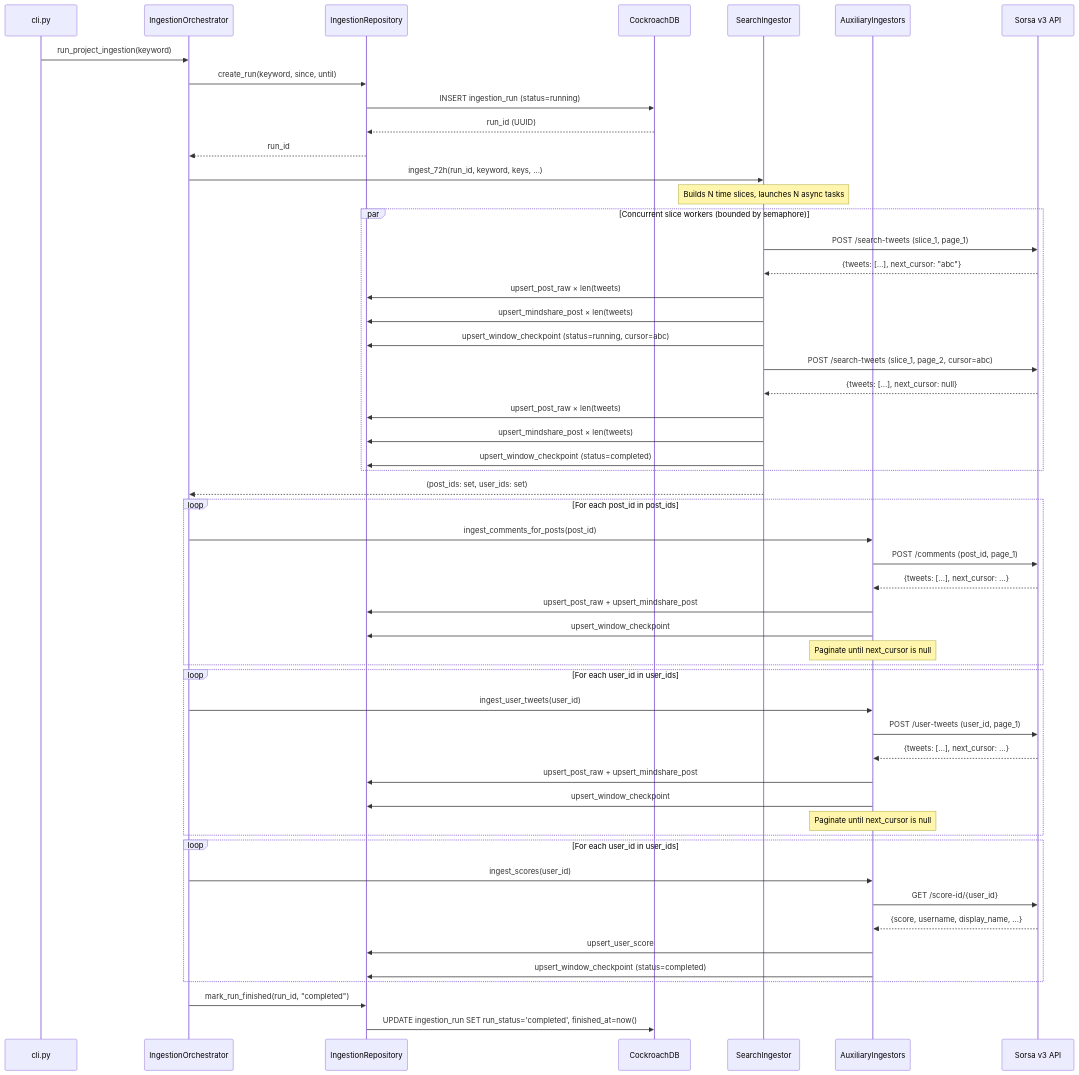
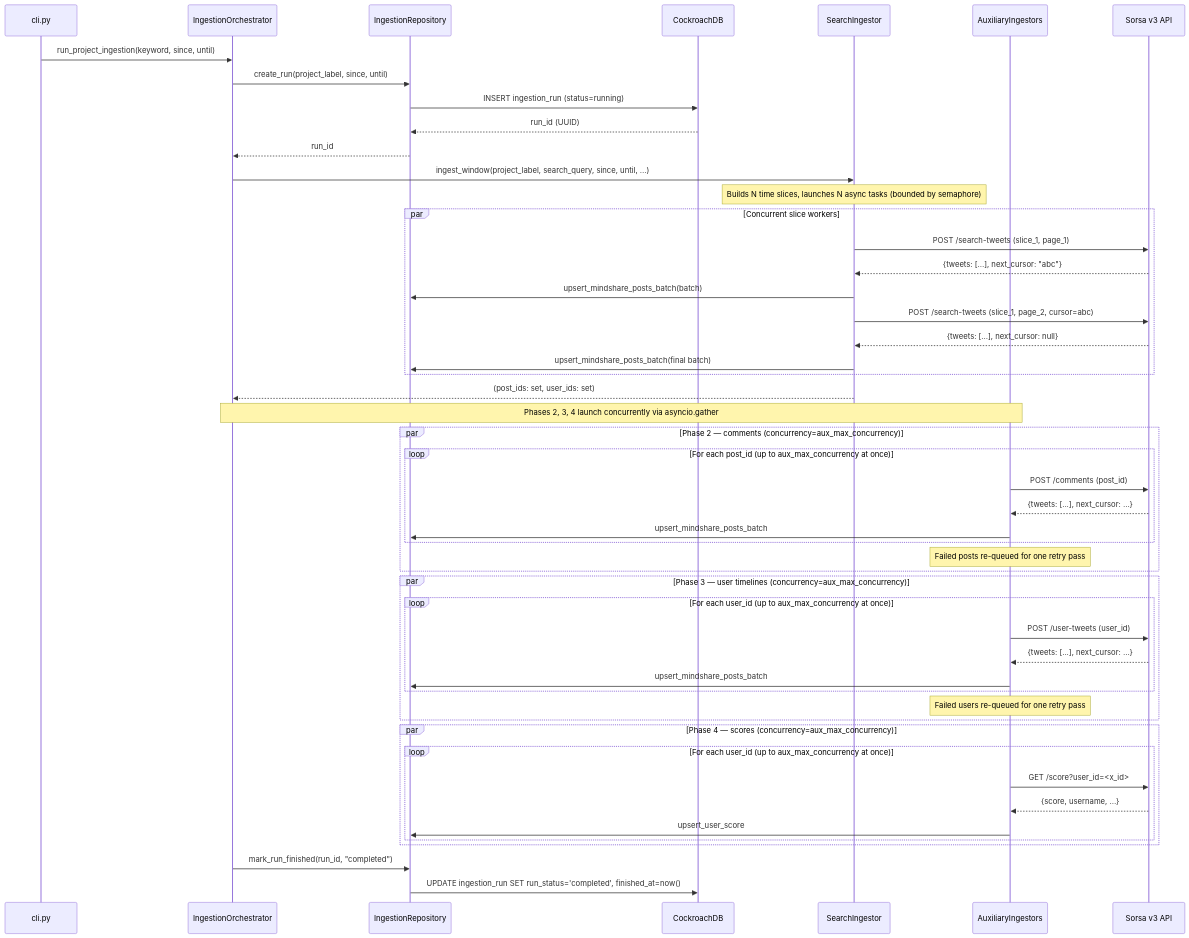
Before and after one commit to BabinJoshi/Sorsa: the first of 2 diagrams in ingestion-docs/docs/pipeline-behavior.md, drawn with Mermaid. The commit also changed other lines of this file and 10 other files, not shown here.

Commit message:
Updated the script with final working ingestion script for mindshare

````diff
--- a/ingestion-docs/docs/pipeline-behavior.md
+++ b/ingestion-docs/docs/pipeline-behavior.md
@@ -9,63 +9,61 @@
 ```mermaid
 sequenceDiagram
     participant CLI as cli.py
     participant Orch as IngestionOrchestrator
     participant Repo as IngestionRepository
     participant DB as CockroachDB
     participant Search as SearchIngestor
     participant Aux as AuxiliaryIngestors
     participant API as Sorsa v3 API
 
-    CLI->>Orch: run_project_ingestion(keyword)
-    Orch->>Repo: create_run(keyword, since, until)
+    CLI->>Orch: run_project_ingestion(keyword, since, until)
+    Orch->>Repo: create_run(project_label, since, until)
     Repo->>DB: INSERT ingestion_run (status=running)
     DB-->>Repo: run_id (UUID)
     Repo-->>Orch: run_id
 
-    Orch->>Search: ingest_72h(run_id, keyword, keys, ...)
-    Note over Search: Builds N time slices, launches N async tasks
+    Orch->>Search: ingest_window(project_label, search_query, since, until, ...)
+    Note over Search: Builds N time slices, launches N async tasks (bounded by semaphore)
 
-    par Concurrent slice workers (bounded by semaphore)
+    par Concurrent slice workers
         Search->>API: POST /search-tweets (slice_1, page_1)
         API-->>Search: {tweets: [...], next_cursor: "abc"}
-        Search->>Repo: upsert_post_raw × len(tweets)
-        Search->>Repo: upsert_mindshare_post × len(tweets)
-        Search->>Repo: upsert_window_checkpoint (status=running, cursor=abc)
+        Search->>Repo: upsert_mindshare_posts_batch(batch)
         Search->>API: POST /search-tweets (slice_1, page_2, cursor=abc)
         API-->>Search: {tweets: [...], next_cursor: null}
-        Search->>Repo: upsert_post_raw × len(tweets)
-        Search->>Repo: upsert_mindshare_post × len(tweets)
-        Search->>Repo: upsert_window_checkpoint (status=completed)
+        Search->>Repo: upsert_mindshare_posts_batch(final batch)
     end
 
     Search-->>Orch: (post_ids: set, user_ids: set)
 
-    loop For each post_id in post_ids
-        Orch->>Aux: ingest_comments_for_posts(post_id)
-        Aux->>API: POST /comments (post_id, page_1)
-        API-->>Aux: {tweets: [...], next_cursor: ...}
-        Aux->>Repo: upsert_post_raw + upsert_mindshare_post
-        Aux->>Repo: upsert_window_checkpoint
-        Note over Aux: Paginate until next_cursor is null
+    Note over Orch,Aux: Phases 2, 3, 4 launch concurrently via asyncio.gather
+
+    par Phase 2 — comments (concurrency=aux_max_concurrency)
+        loop For each post_id (up to aux_max_concurrency at once)
+            Aux->>API: POST /comments (post_id)
+            API-->>Aux: {tweets: [...], next_cursor: ...}
+            Aux->>Repo: upsert_mindshare_posts_batch
+        end
+        Note over Aux: Failed posts re-queued for one retry pass
     end
 
-    loop For each user_id in user_ids
-        Orch->>Aux: ingest_user_tweets(user_id)
-        Aux->>API: POST /user-tweets (user_id, page_1)
-        API-->>Aux: {tweets: [...], next_cursor: ...}
-        Aux->>Repo: upsert_post_raw + upsert_mindshare_post
-        Aux->>Repo: upsert_window_checkpoint
-        Note over Aux: Paginate until next_cursor is null
+    par Phase 3 — user timelines (concurrency=aux_max_concurrency)
+        loop For each user_id (up to aux_max_concurrency at once)
+            Aux->>API: POST /user-tweets (user_id)
+            API-->>Aux: {tweets: [...], next_cursor: ...}
+            Aux->>Repo: upsert_mindshare_posts_batch
+        end
+        Note over Aux: Failed users re-queued for one retry pass
     end
 
-    loop For each user_id in user_ids
-        Orch->>Aux: ingest_scores(user_id)
-        Aux->>API: GET /score-id/{user_id}
-        API-->>Aux: {score, username, display_name, ...}
-        Aux->>Repo: upsert_user_score
-        Aux->>Repo: upsert_window_checkpoint (status=completed)
+    par Phase 4 — scores (concurrency=aux_max_concurrency)
+        loop For each user_id (up to aux_max_concurrency at once)
+            Aux->>API: GET /score?user_id=<x_id>
+            API-->>Aux: {score, username, ...}
+            Aux->>Repo: upsert_user_score
+        end
     end
 
     Orch->>Repo: mark_run_finished(run_id, "completed")
     Repo->>DB: UPDATE ingestion_run SET run_status='completed', finished_at=now()
 ```
````
